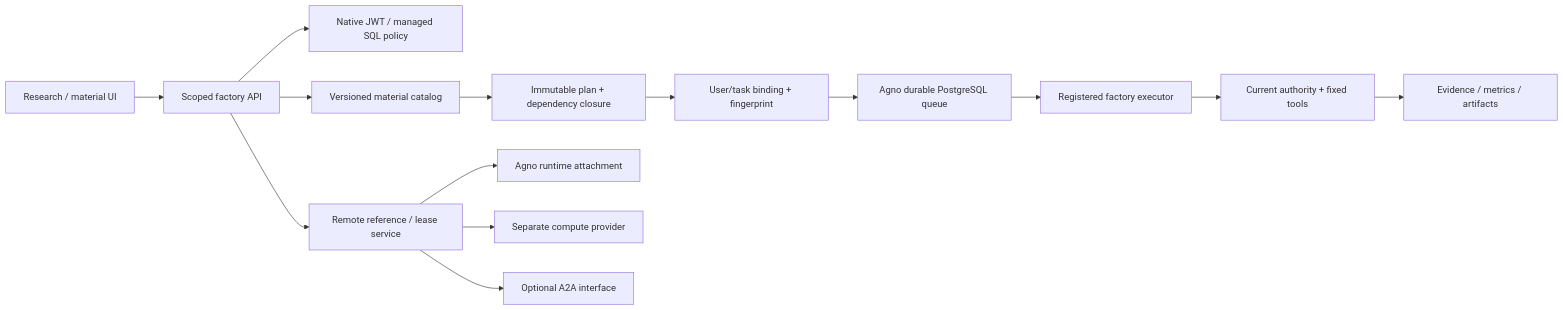
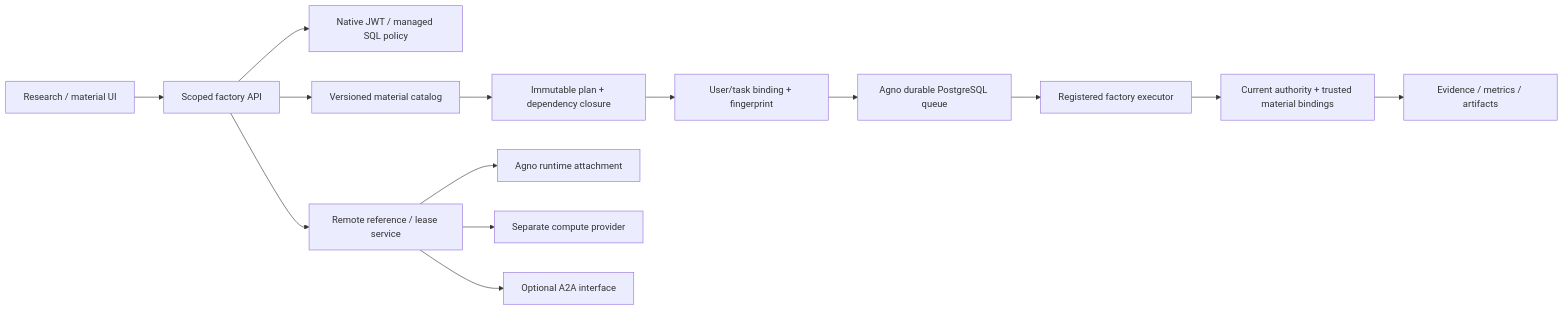
One commit to Guanzhw/agent-factory changed the diagram in docs/ARCHITECTURE.md. Above: the diagram before and after it, drawn with Mermaid. The commit also changed other lines of this file and 47 other files, not shown here.

Commit message:
Add governed application composition and native material bindings

````diff
--- a/docs/ARCHITECTURE.md
+++ b/docs/ARCHITECTURE.md
@@ -5,16 +5,16 @@
 ```mermaid
 flowchart LR
   UI[Research / material UI] --> API[Scoped factory API]
   API --> AUTH[Native JWT / managed SQL policy]
   API --> C[Versioned material catalog]
   C --> P[Immutable plan + dependency closure]
   P --> B[User/task binding + fingerprint]
   B --> Q[Agno durable PostgreSQL queue]
   Q --> E[Registered factory executor]
-  E --> T[Current authority + fixed tools]
+  E --> T[Current authority + trusted material bindings]
   T --> A[Evidence / metrics / artifacts]
   API --> R[Remote reference / lease service]
   R --> RA[Agno runtime attachment]
   R --> RC[Separate compute provider]
   R --> AA[Optional A2A interface]
 ```
````
